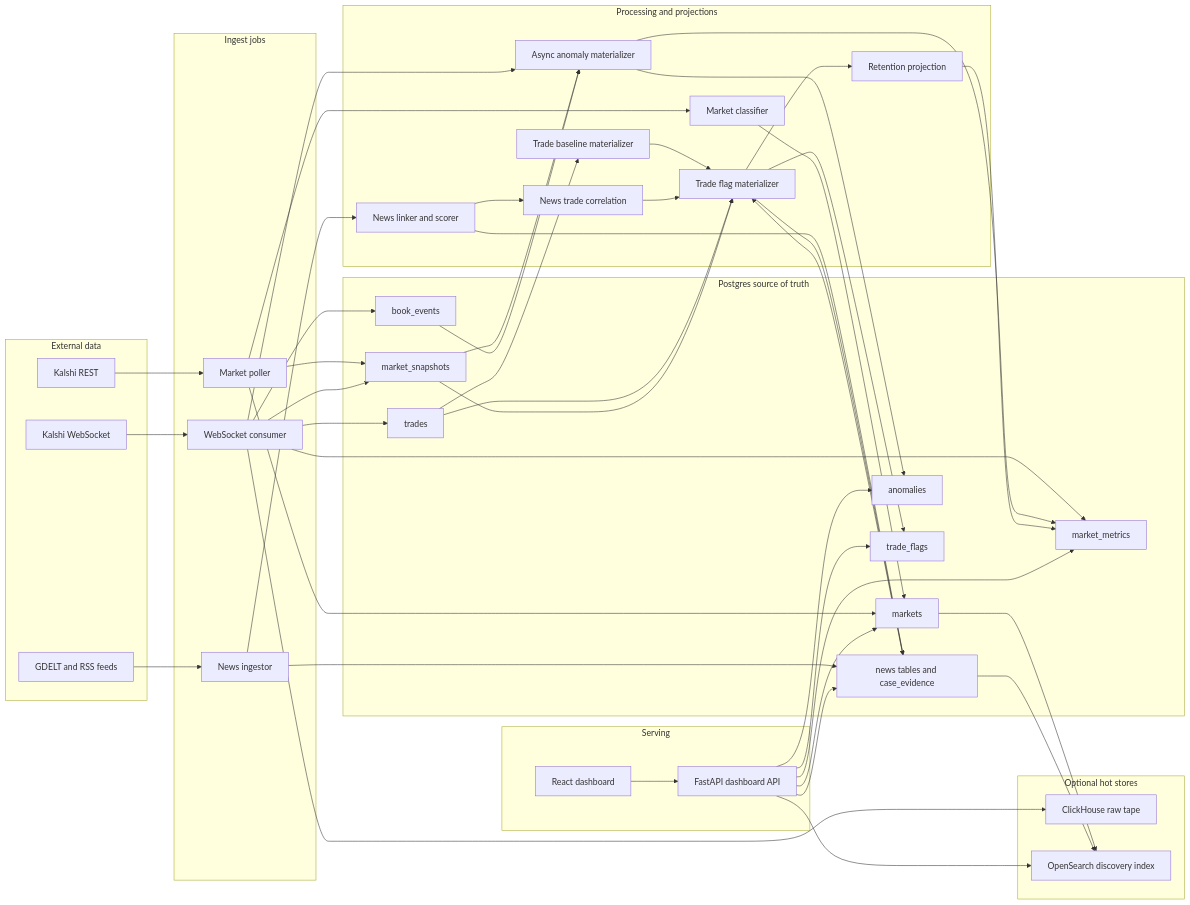
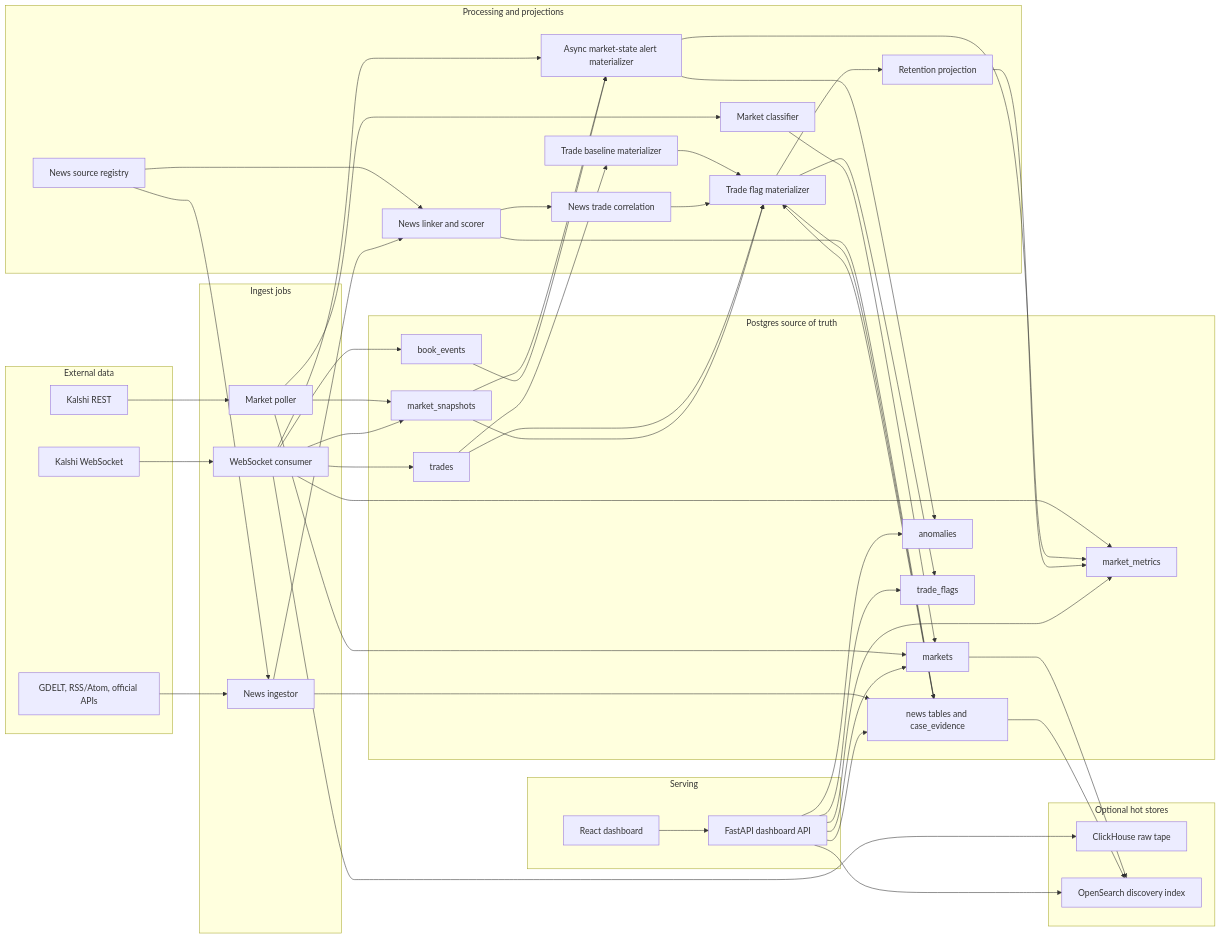
One commit to hong-david/predictionmarkets changed the first of 3 diagrams in README.md. Above: the diagram before and after it, drawn with Mermaid. The commit also changed other lines of this file and 30 other files, not shown here.

Commit message:
added sec, fda, congress.gov, fed RSS feeds

```diff
--- a/README.md
+++ b/README.md
@@ -41,7 +41,7 @@
   subgraph External["External data"]
     KREST["Kalshi REST"]
     KWS["Kalshi WebSocket"]
-    NEWS["GDELT and RSS feeds"]
+    NEWS["GDELT, RSS/Atom, official APIs"]
   end
 
   subgraph Ingest["Ingest jobs"]
@@ -63,10 +63,11 @@
 
   subgraph Processing["Processing and projections"]
     CLASSIFIER["Market classifier"]
-    ANOMMAT["Async anomaly materializer"]
+    ALERTMAT["Async market-state alert materializer"]
     BASELINES["Trade baseline materializer"]
     FLAGMAT["Trade flag materializer"]
     NEWSLINK["News linker and scorer"]
+    SOURCES["News source registry"]
     CORR["News trade correlation"]
     RETENTION["Retention projection"]
   end
@@ -84,6 +85,8 @@
   KREST --> POLLER
   KWS --> WS
   NEWS --> NEWSJOB
+  SOURCES --> NEWSJOB
+  SOURCES --> NEWSLINK
 
   POLLER --> MARKETS
   POLLER --> SNAPSHOTS
@@ -95,17 +98,17 @@
   WS --> BOOK
   WS --> METRICS
   WS --> CH
-  WS --> ANOMMAT
+  WS --> ALERTMAT
 
   NEWSJOB --> NEWSDB
   NEWSJOB --> NEWSLINK
   NEWSLINK --> NEWSDB
   NEWSLINK --> CORR
 
-  SNAPSHOTS --> ANOMMAT
-  BOOK --> ANOMMAT
-  ANOMMAT --> ANOM
-  ANOMMAT --> METRICS
+  SNAPSHOTS --> ALERTMAT
+  BOOK --> ALERTMAT
+  ALERTMAT --> ANOM
+  ALERTMAT --> METRICS
 
   TRADES --> BASELINES
   BASELINES --> FLAGMAT
```
